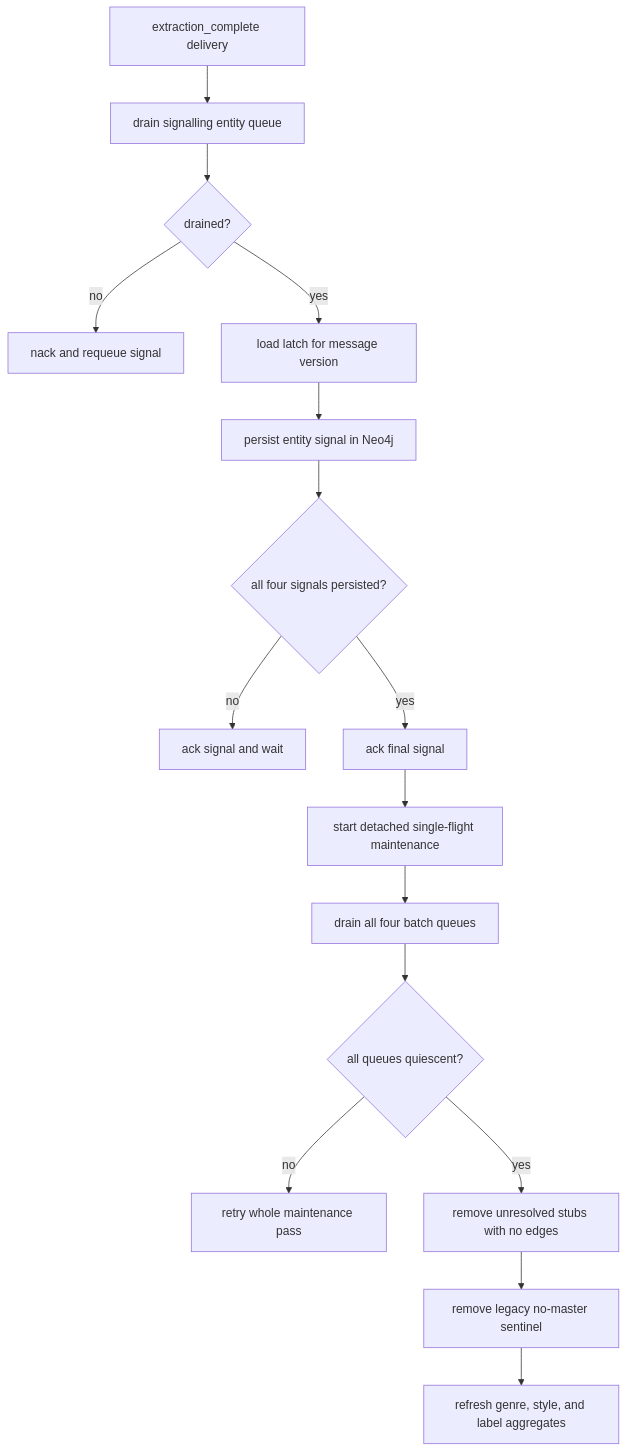
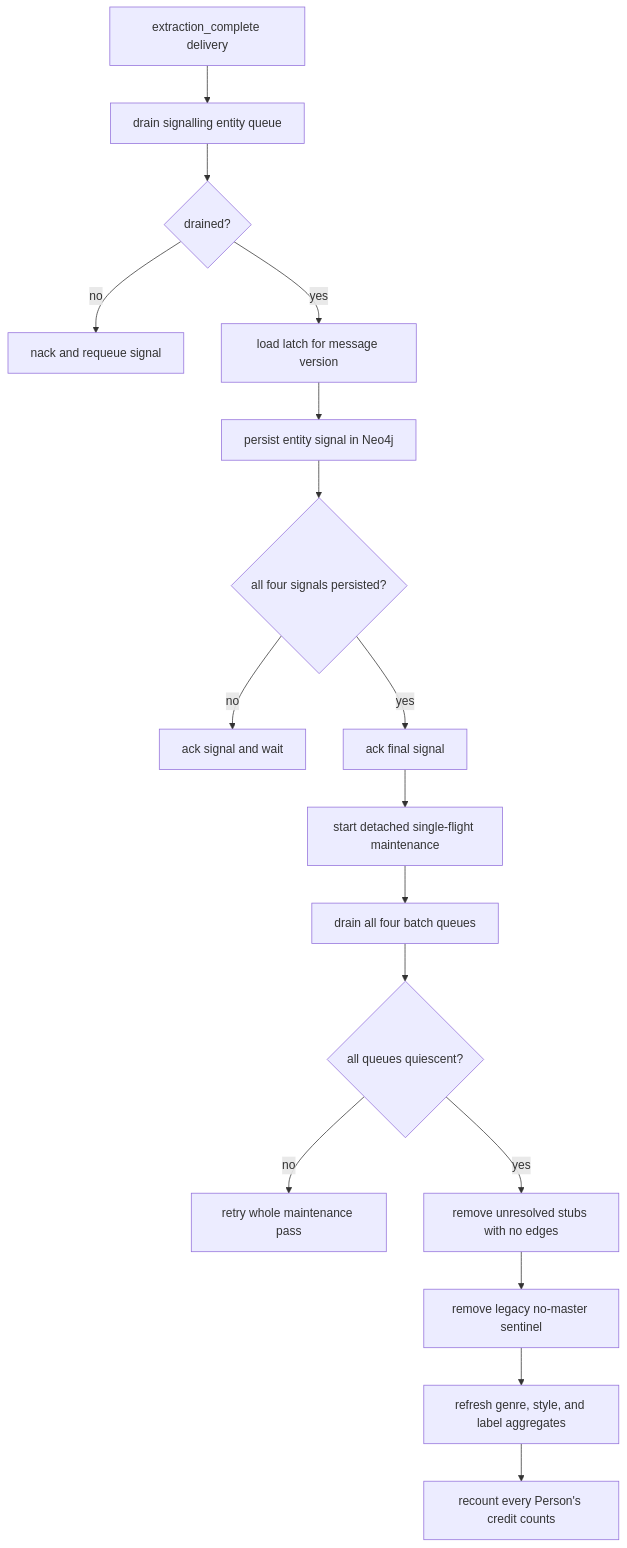
Before and after one commit to groovemap-music/discogs-graph-enricher: the diagram in docs/file-completion-tracking.md, drawn with Mermaid. The commit also changed other lines of this file and 10 other files, not shown here.

First line of the commit message:
feat(maintenance): precompute per-category Person credit counts

````diff
--- a/docs/file-completion-tracking.md
+++ b/docs/file-completion-tracking.md
@@ -24,18 +24,19 @@
 ```mermaid
 flowchart TD
     A[extraction_complete delivery] --> B[drain signalling entity queue]
     B --> C{drained?}
     C -->|no| D[nack and requeue signal]
     C -->|yes| E[load latch for message version]
     E --> F[persist entity signal in Neo4j]
     F --> G{all four signals persisted?}
     G -->|no| H[ack signal and wait]
     G -->|yes| I[ack final signal]
     I --> J[start detached single-flight maintenance]
     J --> K[drain all four batch queues]
     K --> L{all queues quiescent?}
     L -->|no| M[retry whole maintenance pass]
     L -->|yes| N[remove unresolved stubs with no edges]
     N --> S[remove legacy no-master sentinel]
     S --> O[refresh genre, style, and label aggregates]
+    O --> P[recount every Person's credit counts]
 ```
````
